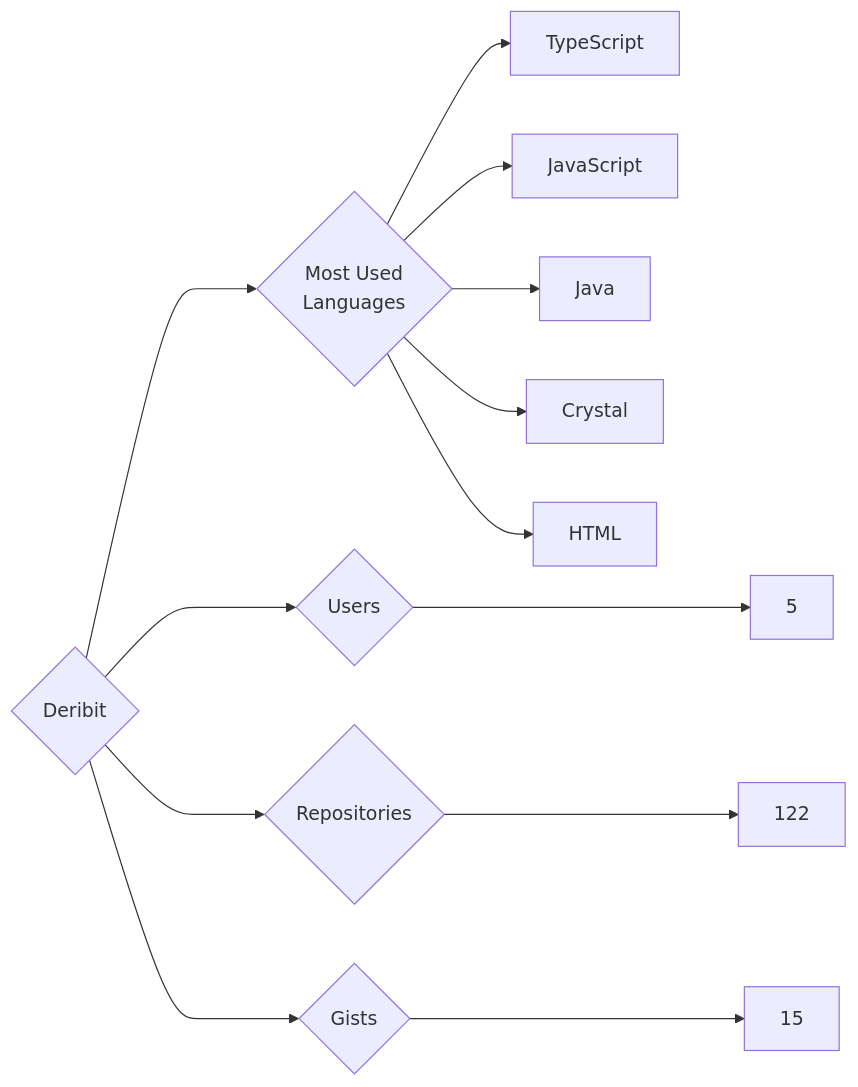
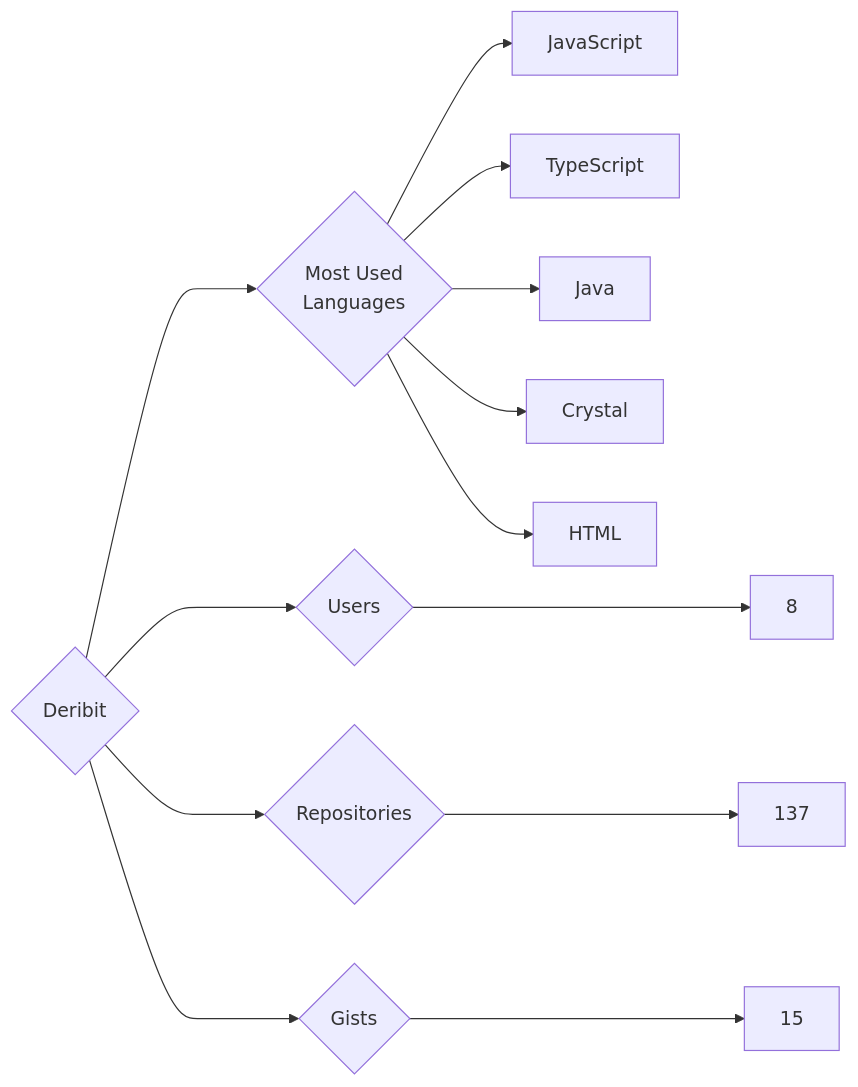
Before and after one commit to trickest/insiders: the diagram in targets/Deribit/README.md, drawn with Mermaid. The commit also changed 826 other files, not shown here.

````diff
--- a/targets/Deribit/README.md
+++ b/targets/Deribit/README.md
@@ -3,13 +3,13 @@
 ```mermaid
 graph LR
 COMPANY_NAME{Deribit}
-COMPANY_NAME ---> U{Users} ---> UN[5]
-COMPANY_NAME ---> R{Repositories} ---> RN[122]
+COMPANY_NAME ---> U{Users} ---> UN[8]
+COMPANY_NAME ---> R{Repositories} ---> RN[137]
 COMPANY_NAME ---> G{Gists} ---> GN[15]
 COMPANY_NAME ---> ML{Most Used<br>Languages}
+ML --> JavaScript[JavaScript]
 ML --> TypeScript[TypeScript]
-ML --> JavaScript[JavaScript]
 ML --> Java[Java]
 ML --> Crystal[Crystal]
 ML --> HTML[HTML]
 ```
````
